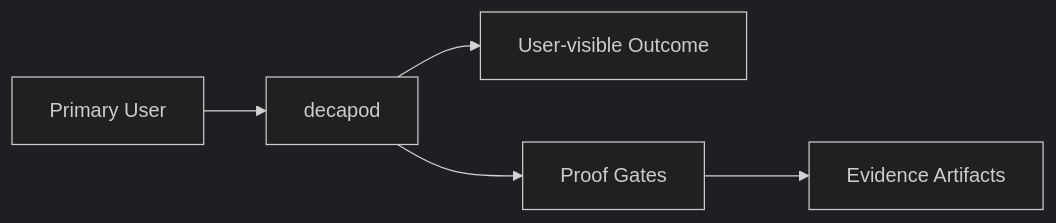
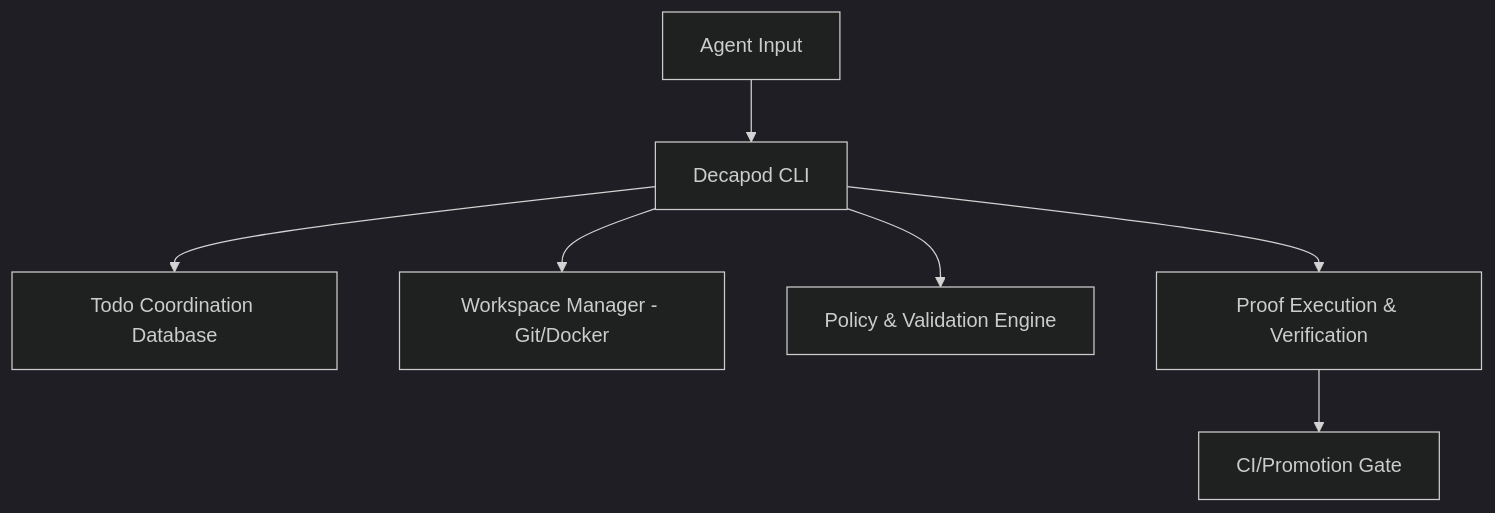
Before and after one commit to wizzense/decapod: the diagram in .decapod/generated/specs/INTENT.md, drawn with Mermaid (dark theme). The commit also changed other lines of this file and 8 other files, not shown here.

````diff
--- a/.decapod/generated/specs/INTENT.md
+++ b/.decapod/generated/specs/INTENT.md
@@ -15,7 +15,9 @@
 ```mermaid
-flowchart LR
-  U[Primary User] --> P[decapod]
-  P --> O[User-visible Outcome]
-  P --> G[Proof Gates]
-  G --> E[Evidence Artifacts]
+flowchart TD
+    A[Agent Input] --> B[Decapod CLI]
+    B --> C[Todo Coordination Database]
+    B --> D[Workspace Manager - Git/Docker]
+    B --> E[Policy & Validation Engine]
+    B --> F[Proof Execution & Verification]
+    F --> G[CI/Promotion Gate]
 ```
````
